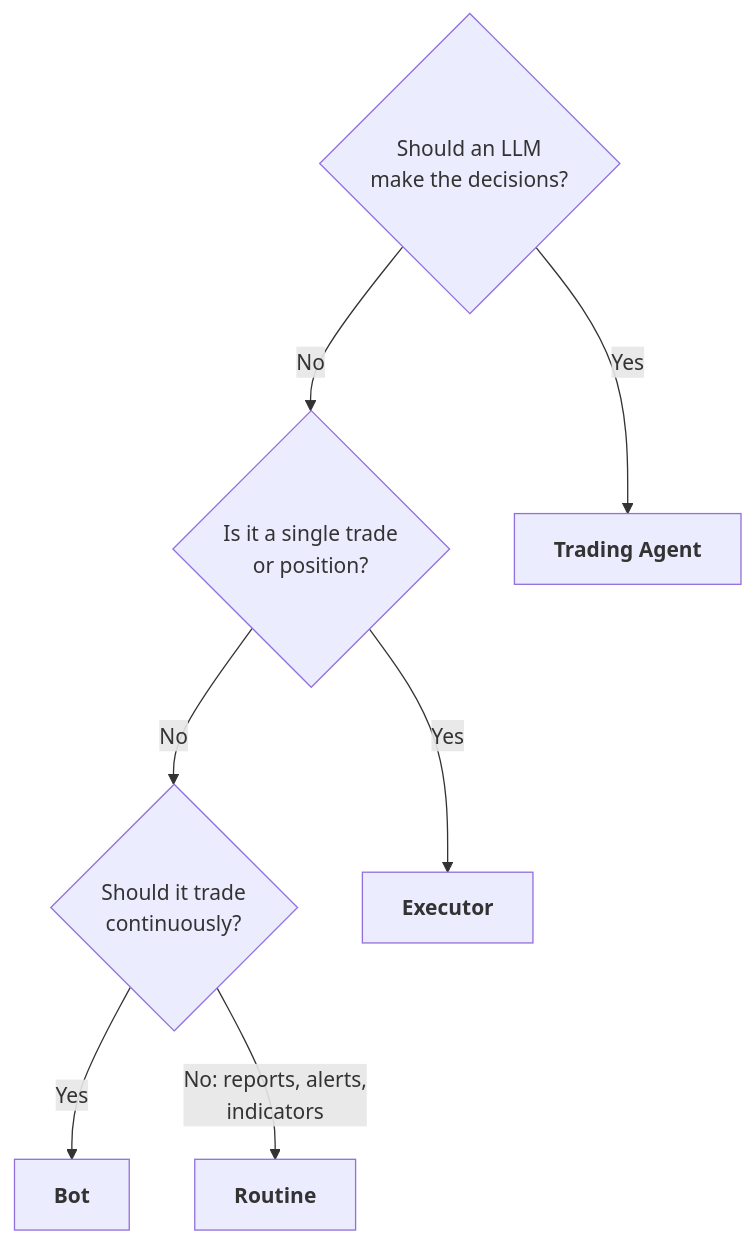
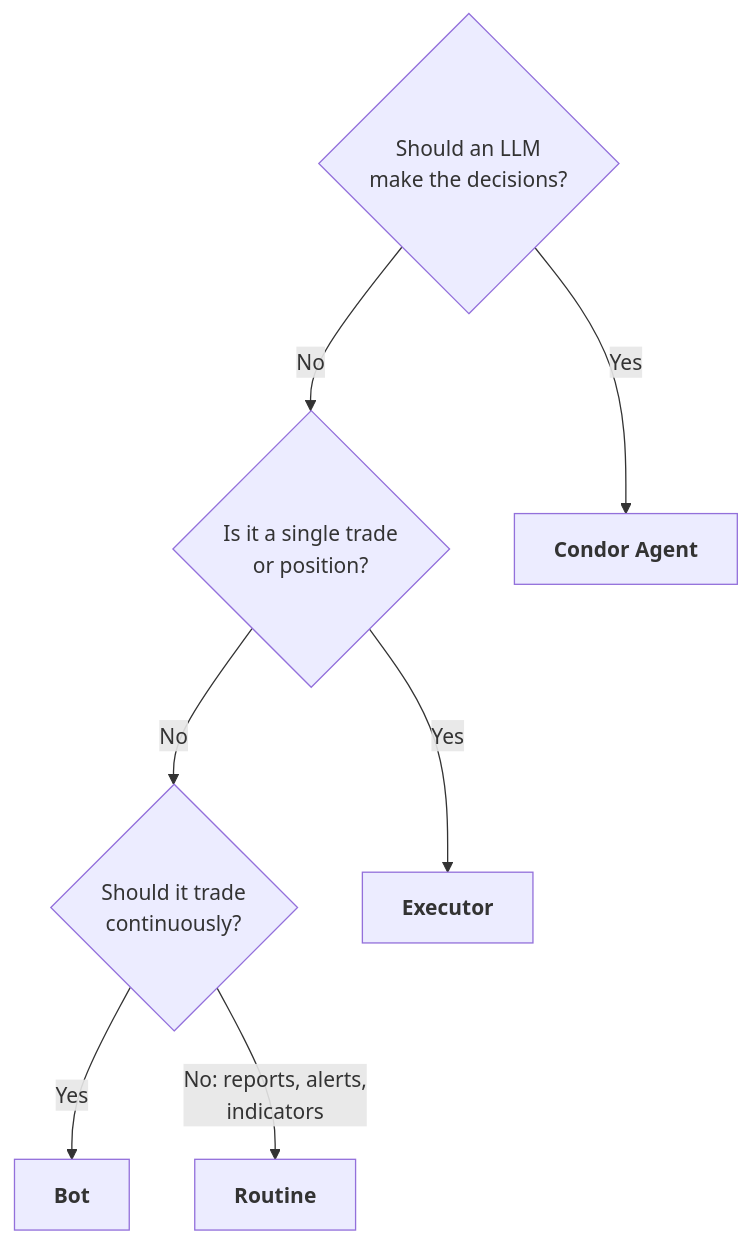
One commit to hummingbot/condor-docs changed the third of 3 diagrams in learning-path.mdx. Above: the diagram before and after it, drawn with Mermaid. The commit also changed other lines of this file and 11 other files, not shown here.

First line of the commit message:
Condor Agents: rename the Agent Architecture group and Trading Agent throughout

````diff
--- a/learning-path.mdx
+++ b/learning-path.mdx
@@ -102,16 +102,16 @@
 ```mermaid
 flowchart TD
     Q1{"Should an LLM<br/>make the decisions?"}
     Q2{"Is it a single trade<br/>or position?"}
     Q3{"Should it trade<br/>continuously?"}
-    TA["<b>Trading Agent</b>"]
+    TA["<b>Condor Agent</b>"]
     EX["<b>Executor</b>"]
     BOT["<b>Bot</b>"]
     RT["<b>Routine</b>"]
     Q1 -- Yes --> TA
     Q1 -- No --> Q2
     Q2 -- Yes --> EX
     Q2 -- No --> Q3
     Q3 -- Yes --> BOT
     Q3 -- "No: reports, alerts,<br/>indicators" --> RT
 ```
````
